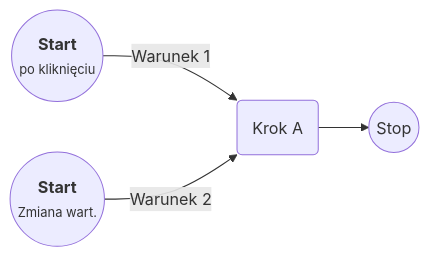
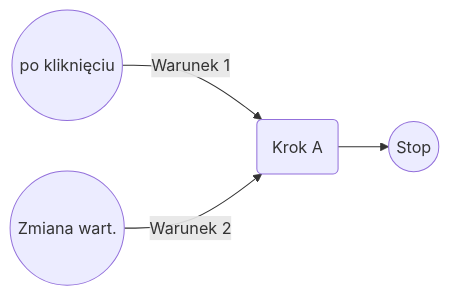
Before and after one commit to altabsa/SPUMA_Inf: the fourth of 9 diagrams in _docs/manual-reference.md, drawn with Mermaid. The commit also changed other lines of this file, not shown here.

```diff
--- a/_docs/manual-reference.md
+++ b/_docs/manual-reference.md
@@ -746,6 +747,6 @@
 <div class="mermaid">
 graph LR;
-start((<center><b>Start</b><br/><span style='font-size:.8em' >po kliknięciu</span></center>))-->|Warunek 1|A(Krok A)
+start((po kliknięciu))-->|Warunek 1|A(Krok A)
 A-->stop((Stop))
-start2((<center><b>Start</b><br/><span style='font-size:.8em' >Zmiana wart.</span></center>))-->|Warunek 2|A
+start2((Zmiana wart.))-->|Warunek 2|A
 </div>
```
